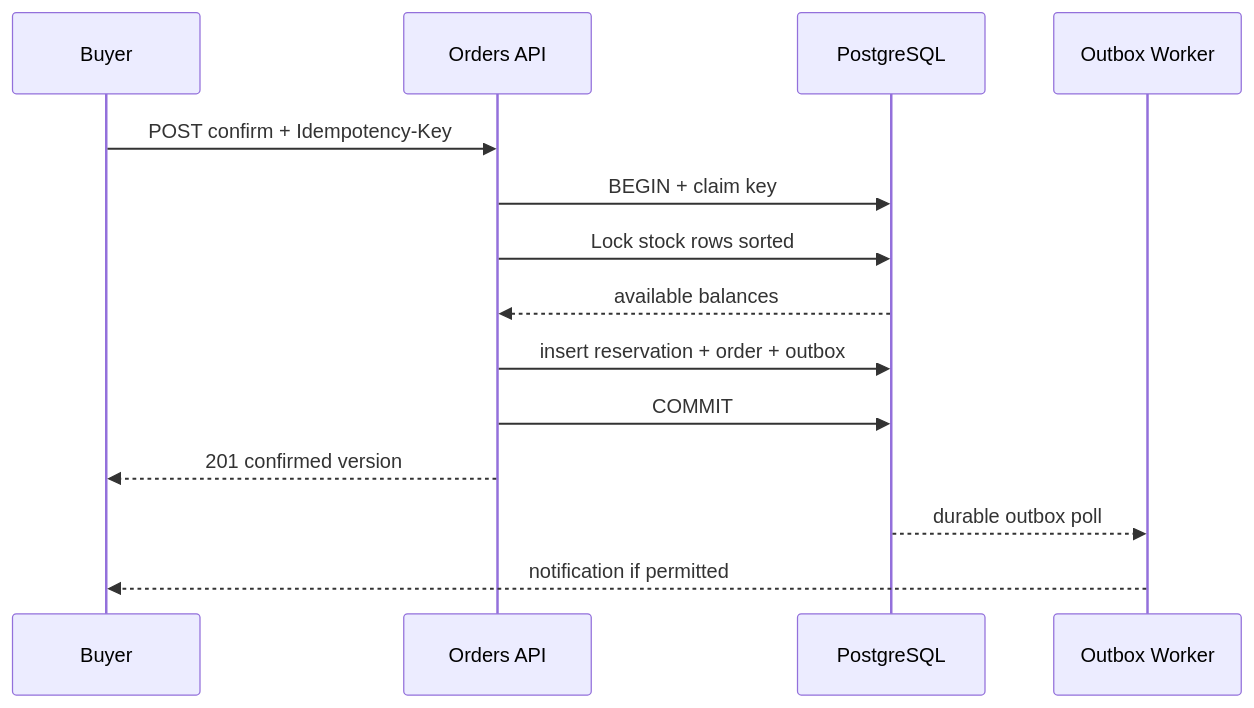
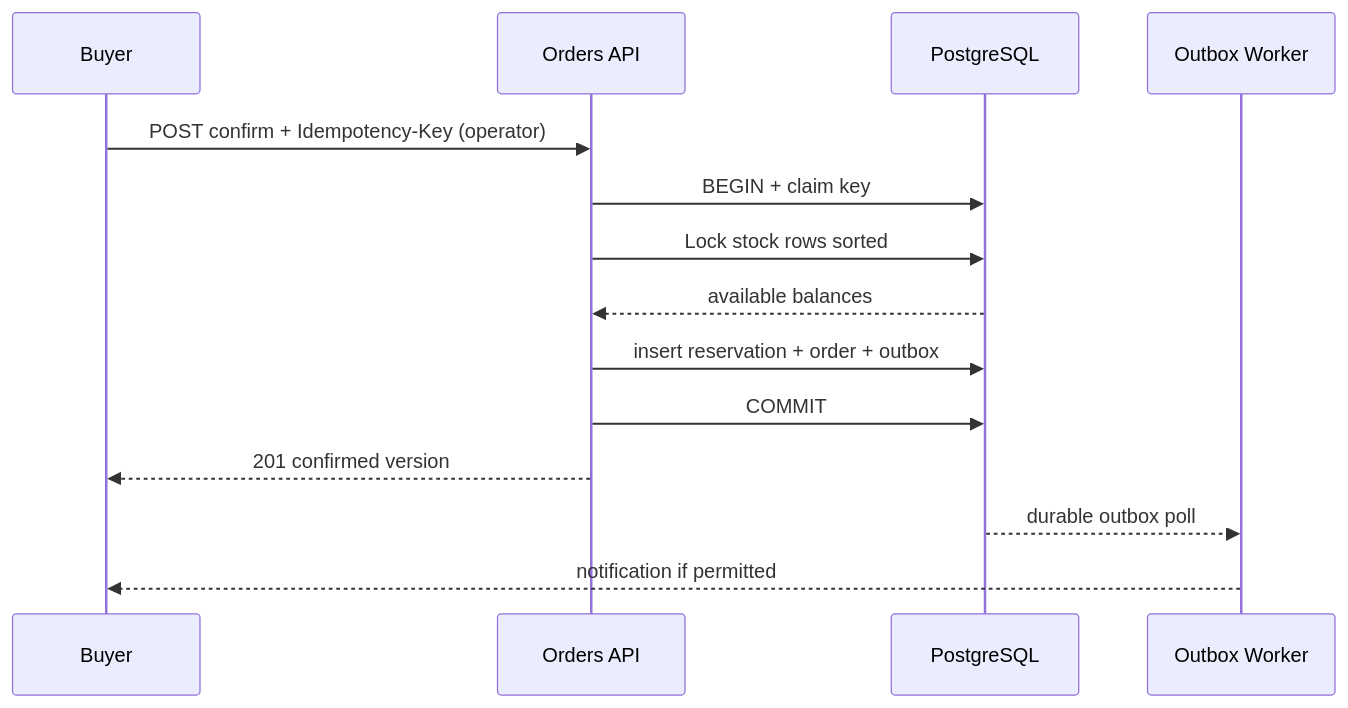
The diagram in docs/engineering/07_DOMAIN_TRANSACTIONS_CONCURRENCY.md (Ismoilkhan22/ai-commerce-backend), drawn with Mermaid before and after one commit. The commit also changed other lines of this file and 21 other files, not shown here.

````diff
--- a/docs/engineering/07_DOMAIN_TRANSACTIONS_CONCURRENCY.md
+++ b/docs/engineering/07_DOMAIN_TRANSACTIONS_CONCURRENCY.md
@@ -31,16 +35,16 @@
 ```mermaid
 sequenceDiagram
   participant U as Buyer
   participant A as Orders API
   participant D as PostgreSQL
   participant W as Outbox Worker
-  U->>A: POST confirm + Idempotency-Key
+  U->>A: POST confirm + Idempotency-Key (operator)
   A->>D: BEGIN + claim key
   A->>D: Lock stock rows sorted
   D-->>A: available balances
   A->>D: insert reservation + order + outbox
   A->>D: COMMIT
   A-->>U: 201 confirmed version
   D-->>W: durable outbox poll
   W-->>U: notification if permitted
 ```
````
